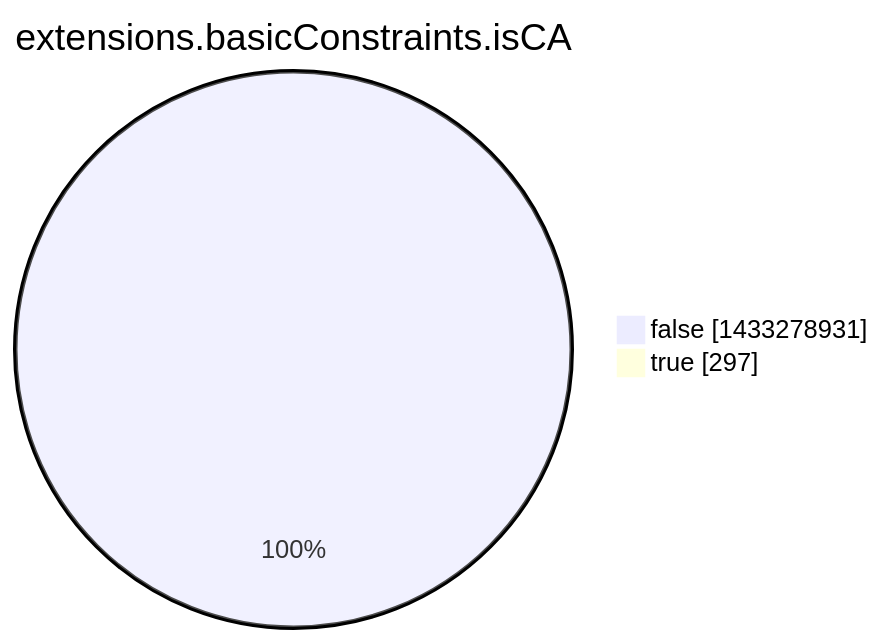
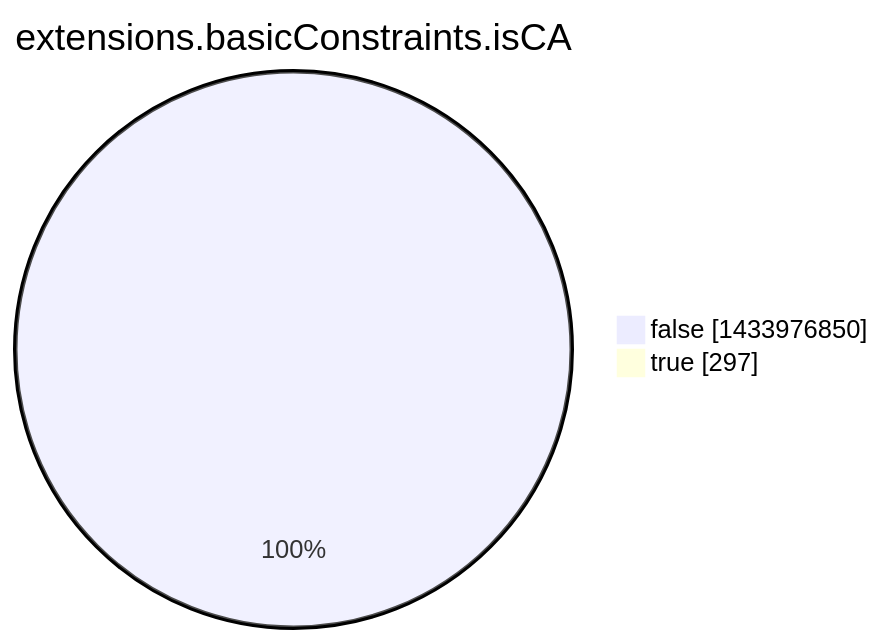
Before and after one commit to christiankrug/ctmonitor_visualization: the eighth of 15 diagrams in argon2022/README.md, drawn with Mermaid. The commit also changed other lines of this file, not shown here.

````diff
--- a/argon2022/README.md
+++ b/argon2022/README.md
@@ -2760,6 +2760,6 @@
 ```mermaid
 pie showData
 title extensions.basicConstraints.isCA
-"false" :1433278931
+"false" :1433976850
 "true" :297
 ```
````
